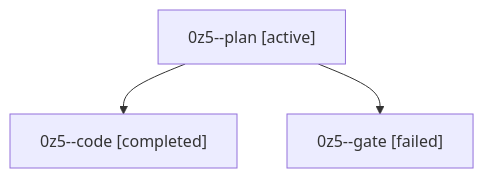
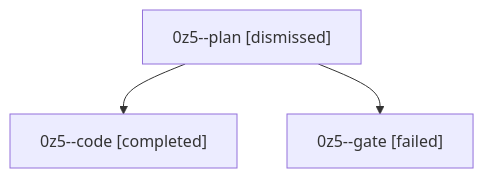
The diagram in sessions/bbugyi200.athena.0z5.md (bobs-org/bob-cli--agents), drawn with Mermaid before and after one commit. The commit also changed other lines of this file and 5 other files, not shown here.

````diff
--- a/sessions/bbugyi200.athena.0z5.md
+++ b/sessions/bbugyi200.athena.0z5.md
@@ -9,8 +9,8 @@
 ```mermaid
 flowchart TD
-  n0["0z5--plan [active]"]
+  n0["0z5--plan [dismissed]"]
   n1["0z5--code [completed]"]
   n0 --> n1
   n2["0z5--gate [failed]"]
   n0 --> n2
 ```
````
